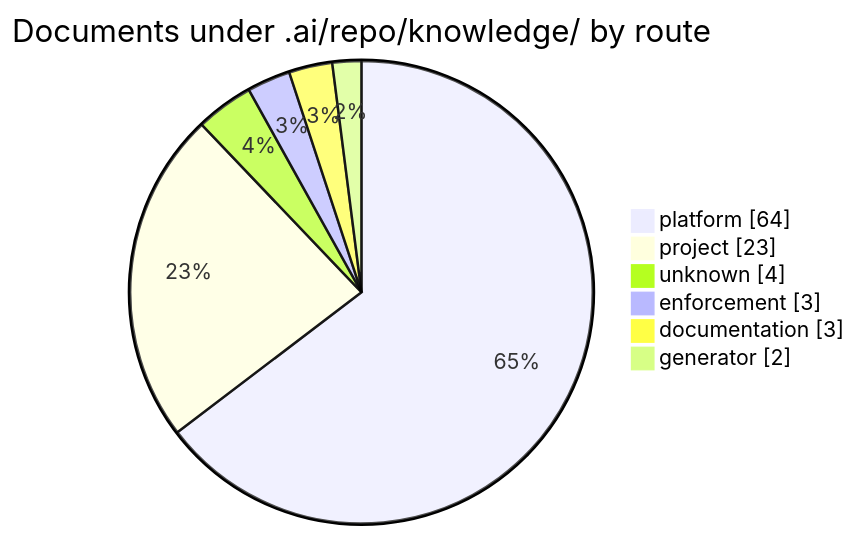
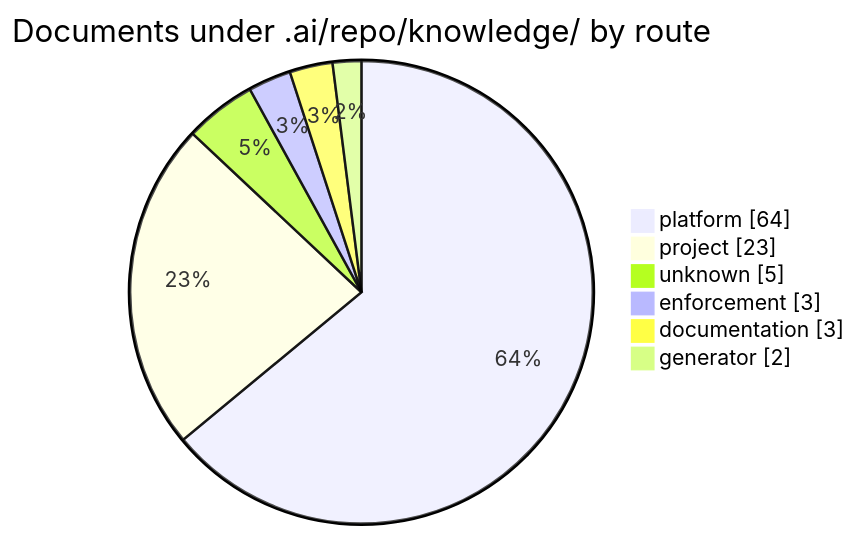
The second of 3 diagrams in .ai/repo/knowledge/README.md (korczis/OpenTTD), drawn with Mermaid before and after one commit. The commit also changed other lines of this file and 2 other files, not shown here.

````diff
--- a/.ai/repo/knowledge/README.md
+++ b/.ai/repo/knowledge/README.md
@@ -46,10 +46,10 @@
 ```mermaid
 pie showData title Documents under .ai/repo/knowledge/ by route
     %% links: README.md?col=Route&filter=platform#records-generated | README.md?col=Route&filter=project#records-generated | README.md?col=Route&filter=#records-generated | README.md?col=Route&filter=enforcement#records-generated | README.md?col=Route&filter=documentation#records-generated | README.md?col=Route&filter=generator#records-generated
     "platform" : 64
     "project" : 23
-    "unknown" : 4
+    "unknown" : 5
     "enforcement" : 3
     "documentation" : 3
     "generator" : 2
 ```
````
